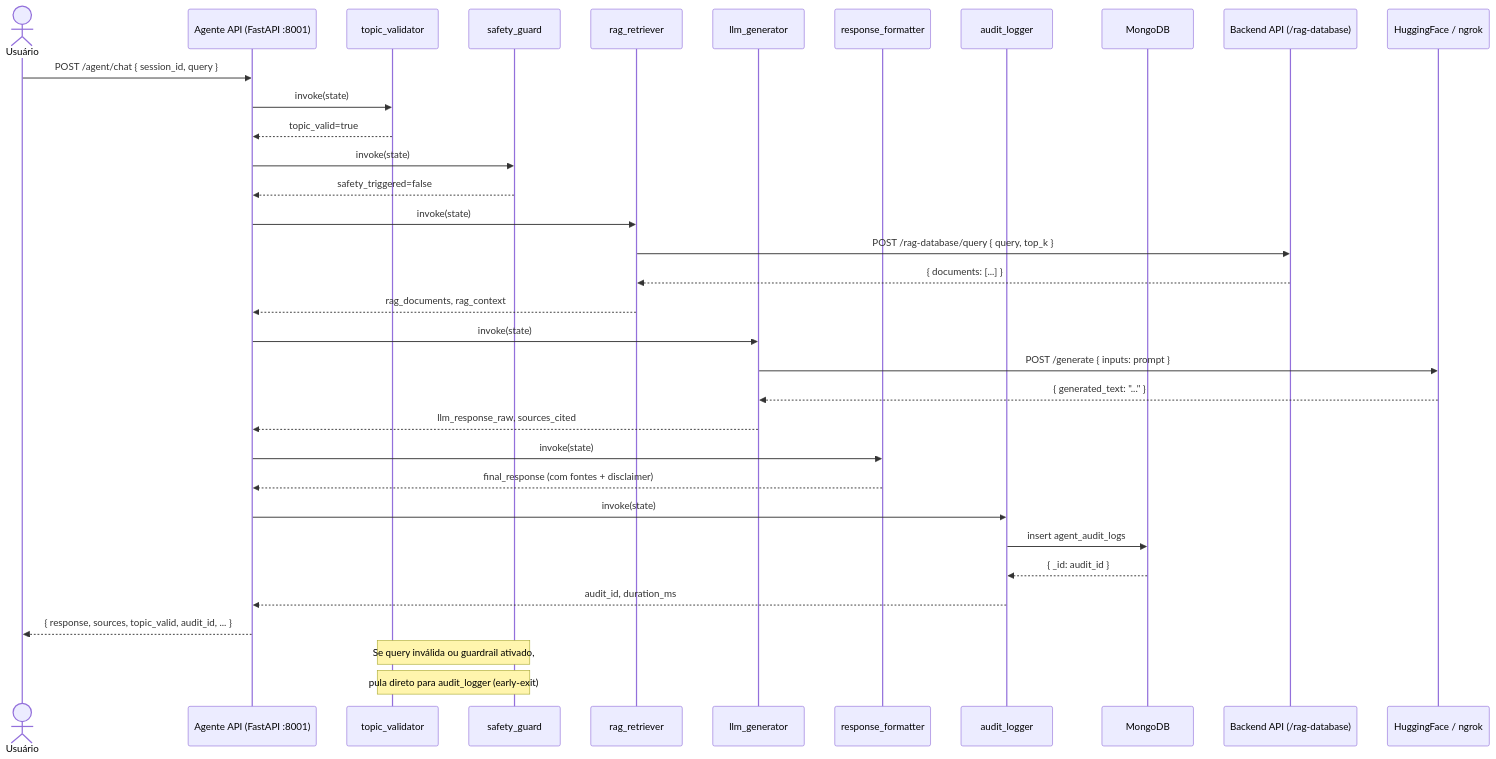
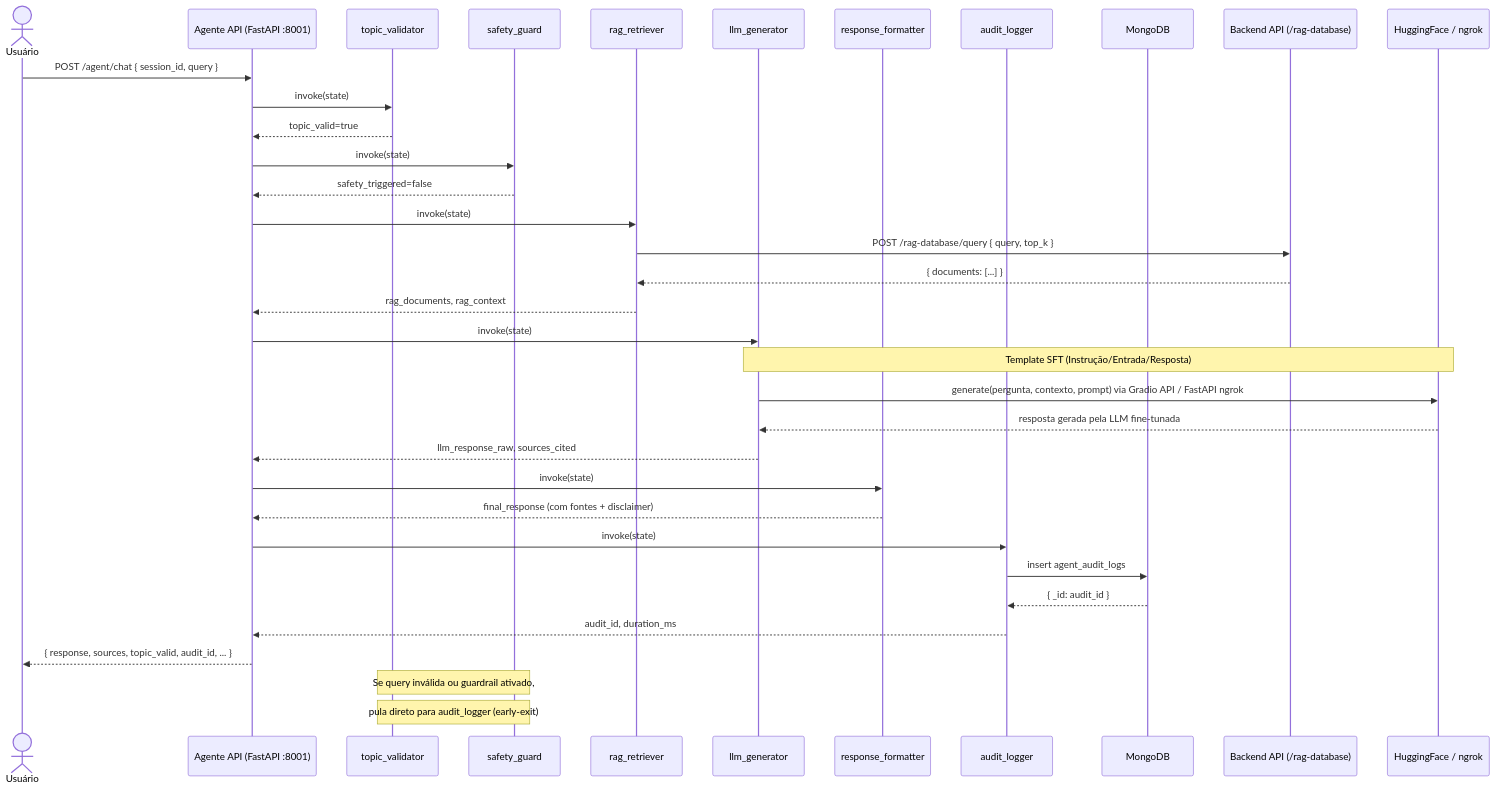
The seventh of 7 diagrams in docs/architecture/README.md (vagner-nascimento/fiap-pos-ia-para-devs-fase3-tech-challenge), drawn with Mermaid before and after one commit. The commit also changed other lines of this file and 14 other files, not shown here.

````diff
--- a/docs/architecture/README.md
+++ b/docs/architecture/README.md
@@ -323,38 +323,39 @@
 ```mermaid
 sequenceDiagram
     actor U as Usuário
     participant API as Agente API (FastAPI :8001)
     participant TV as topic_validator
     participant SG as safety_guard
     participant RAG as rag_retriever
     participant LLM as llm_generator
     participant FMT as response_formatter
     participant AUD as audit_logger
     participant DB as MongoDB
     participant BE as Backend API (/rag-database)
     participant HF as HuggingFace / ngrok
 
     U->>API: POST /agent/chat { session_id, query }
     API->>TV: invoke(state)
     TV-->>API: topic_valid=true
     API->>SG: invoke(state)
     SG-->>API: safety_triggered=false
     API->>RAG: invoke(state)
     RAG->>BE: POST /rag-database/query { query, top_k }
     BE-->>RAG: { documents: [...] }
     RAG-->>API: rag_documents, rag_context
     API->>LLM: invoke(state)
-    LLM->>HF: POST /generate { inputs: prompt }
-    HF-->>LLM: { generated_text: "..." }
+    Note over LLM,HF: Template SFT (Instrução/Entrada/Resposta)
+    LLM->>HF: generate(pergunta, contexto, prompt) via Gradio API / FastAPI ngrok
+    HF-->>LLM: resposta gerada pela LLM fine-tunada
     LLM-->>API: llm_response_raw, sources_cited
     API->>FMT: invoke(state)
     FMT-->>API: final_response (com fontes + disclaimer)
     API->>AUD: invoke(state)
     AUD->>DB: insert agent_audit_logs
     DB-->>AUD: { _id: audit_id }
     AUD-->>API: audit_id, duration_ms
     API-->>U: { response, sources, topic_valid, audit_id, ... }
 
     Note over TV,SG: Se query inválida ou guardrail ativado,
     Note over TV,SG: pula direto para audit_logger (early-exit)
 ```
````
